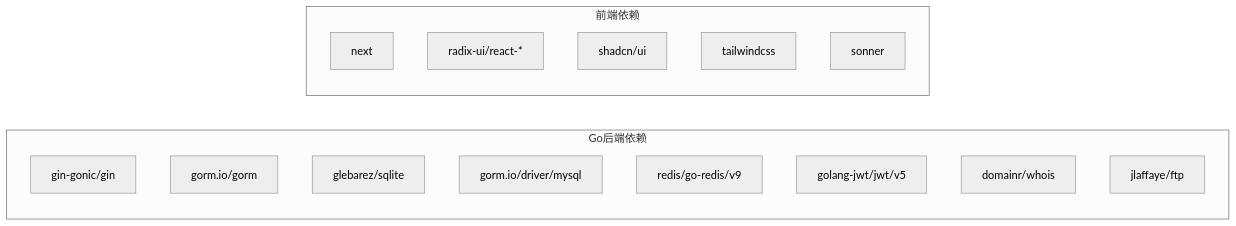
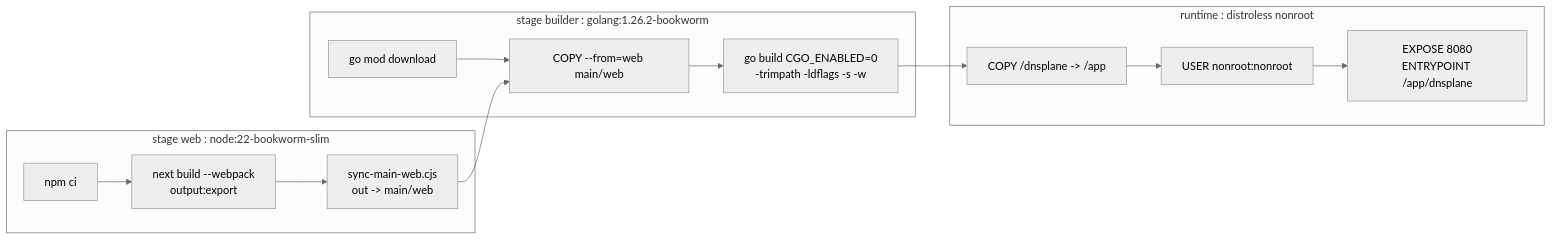
Before and after one commit to x01n/dnsplane: the seventh of 7 diagrams in docs/系统架构/系统架构.md, drawn with Mermaid (neutral theme). The commit also changed other lines of this file and 326 other files, not shown here.

````diff
--- a/docs/系统架构/系统架构.md
+++ b/docs/系统架构/系统架构.md
@@ -482,20 +703,17 @@
 ```mermaid
-graph LR
-subgraph "Go后端依赖"
-GIN["gin-gonic/gin"]
-GORM["gorm.io/gorm"]
-SQLITE["glebarez/sqlite"]
-MYSQL["gorm.io/driver/mysql"]
-REDIS["redis/go-redis/v9"]
-JWT["golang-jwt/jwt/v5"]
-WHOIS["domainr/whois"]
-FTP["jlaffaye/ftp"]
-end
-subgraph "前端依赖"
-NEXT["next"]
-RADIX["radix-ui/react-*"]
-SHADCN["shadcn/ui"]
-TAILWIND["tailwindcss"]
-SONNER["sonner"]
-end
+flowchart LR
+    subgraph Web["stage web : node:22-bookworm-slim"]
+        N1["npm ci"] --> N2["next build --webpack<br/>output:export"]
+        N2 --> N3["sync-main-web.cjs<br/>out -> main/web"]
+    end
+    subgraph Builder["stage builder : golang:1.26.2-bookworm"]
+        G1["go mod download"] --> G2["COPY --from=web main/web"]
+        G2 --> G3["go build CGO_ENABLED=0<br/>-trimpath -ldflags -s -w"]
+    end
+    subgraph Run["runtime : distroless nonroot"]
+        R1["COPY /dnsplane -> /app"] --> R2["USER nonroot:nonroot"]
+        R2 --> R3["EXPOSE 8080<br/>ENTRYPOINT /app/dnsplane"]
+    end
+    N3 --> G2
+    G3 --> R1
 ```
````
